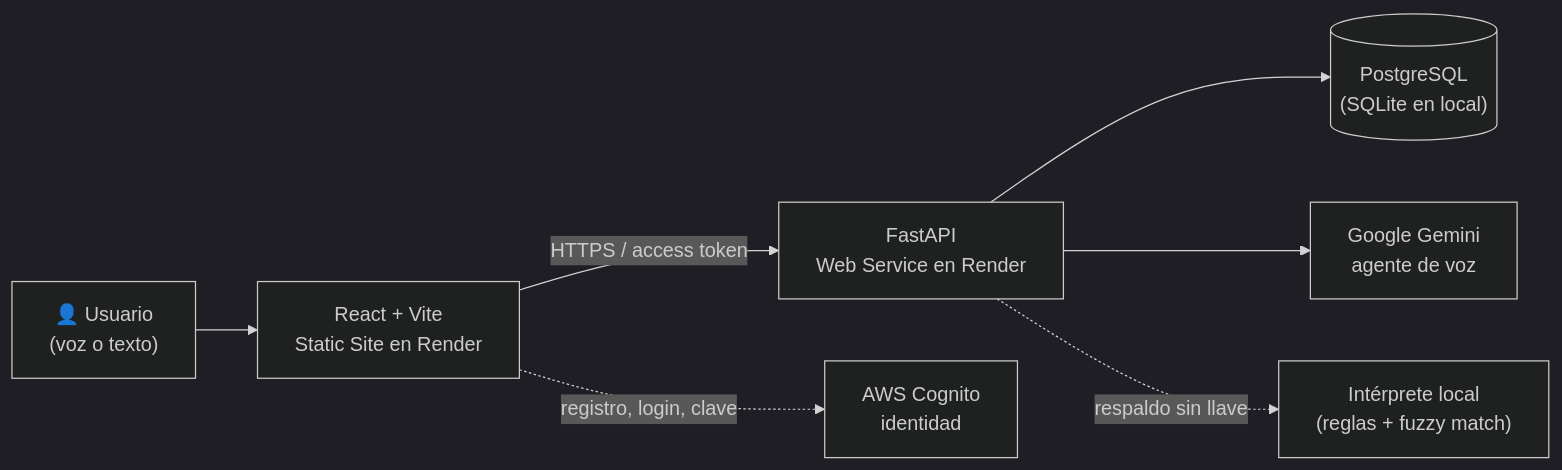
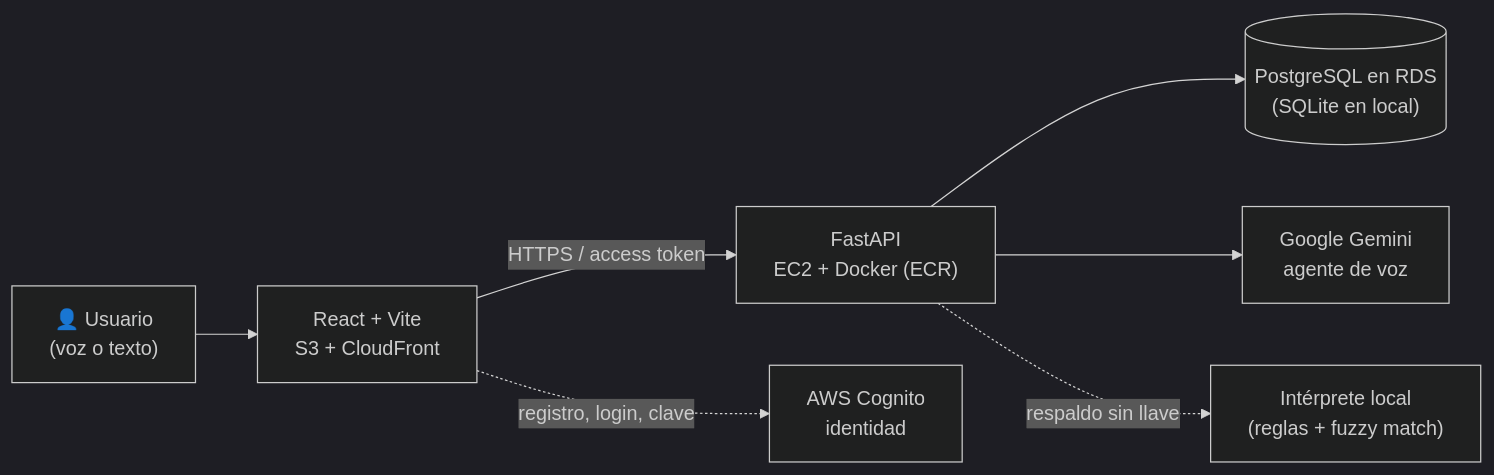
One commit to lnieto044/cuentavoz changed the diagram in README.md. Above: the diagram before and after it, drawn with Mermaid (dark theme). The commit also changed other lines of this file, not shown here.

````diff
--- a/README.md
+++ b/README.md
@@ -403,9 +461,9 @@
 ```mermaid
 flowchart LR
-    U["👤 Usuario<br/>(voz o texto)"] --> FE["React + Vite<br/>Static Site en Render"]
-    FE -- "HTTPS / access token" --> API["FastAPI<br/>Web Service en Render"]
+    U["👤 Usuario<br/>(voz o texto)"] --> FE["React + Vite<br/>S3 + CloudFront"]
+    FE -- "HTTPS / access token" --> API["FastAPI<br/>EC2 + Docker (ECR)"]
     FE -. "registro, login, clave" .-> COGNITO["AWS Cognito<br/>identidad"]
-    API --> DB[("PostgreSQL<br/>(SQLite en local)")]
+    API --> DB[("PostgreSQL en RDS<br/>(SQLite en local)")]
     API --> GEMINI["Google Gemini<br/>agente de voz"]
     API -. "respaldo sin llave" .-> INTERPRETE["Intérprete local<br/>(reglas + fuzzy match)"]
 ```
````
